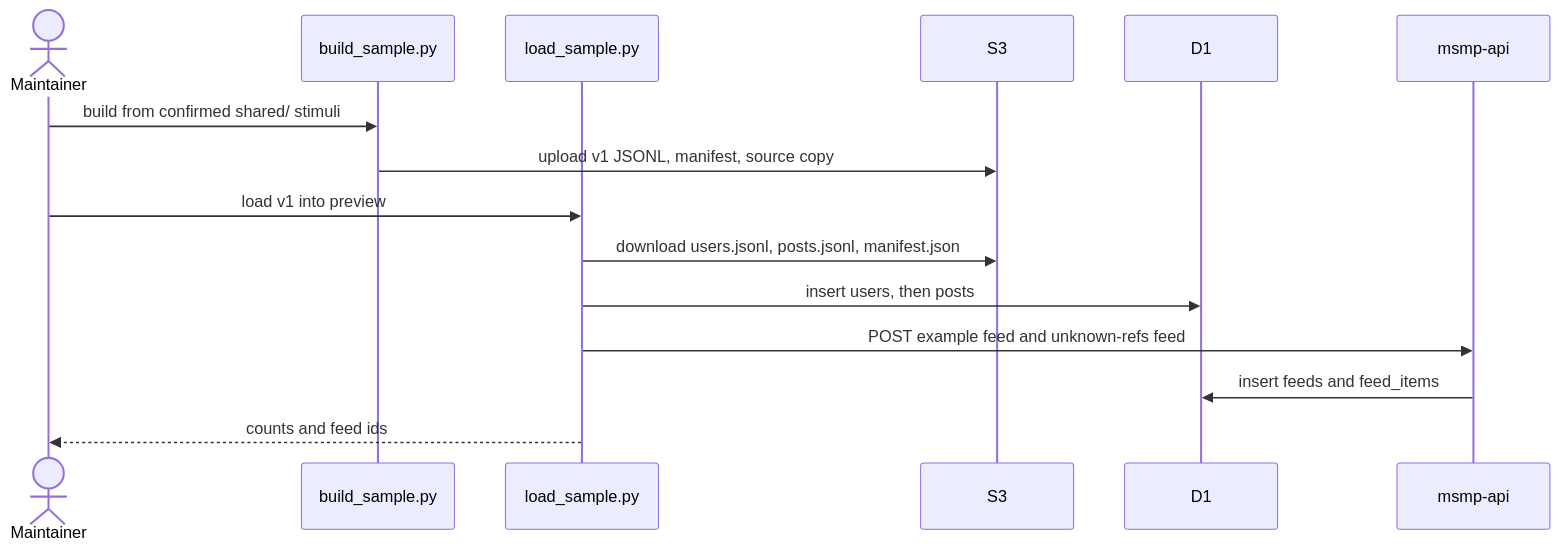
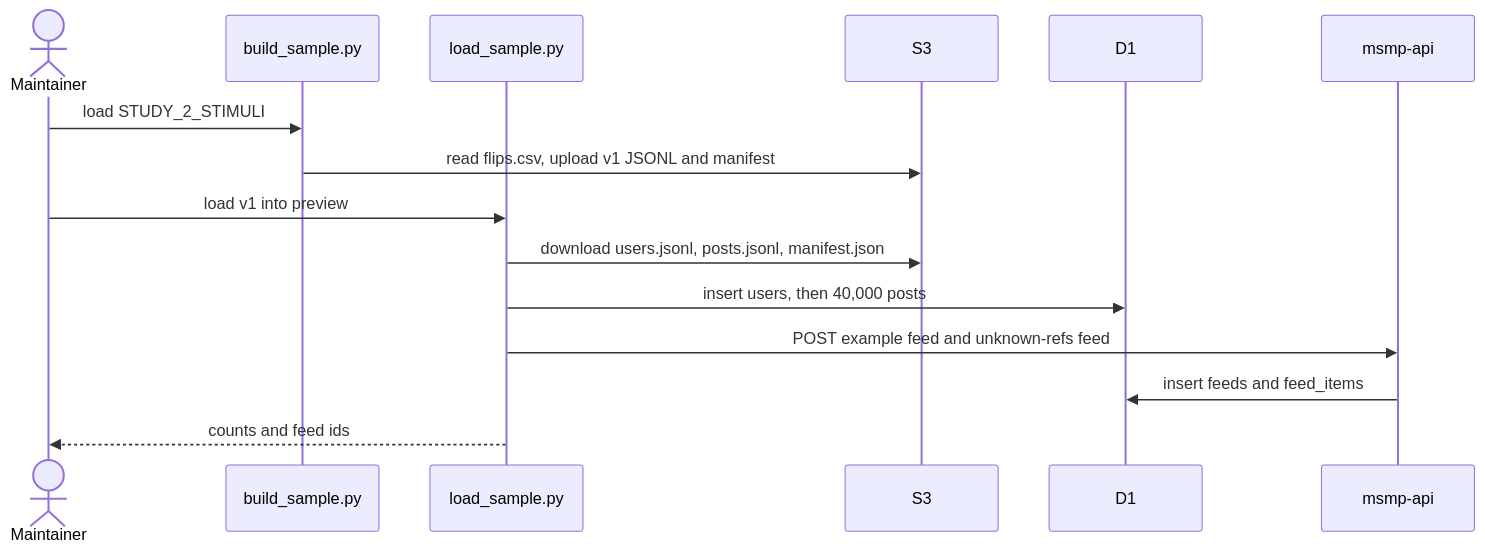
Before and after one commit to METResearchGroup/mock_social_media_platform: the second of 2 diagrams in docs/plans/2026-10-27_mirrorview-study2-sample-feed_7b2e91/proposal.md, drawn with Mermaid. The commit also changed other lines of this file, not shown here.

First line of the commit message:
Record the Study 2 stimuli source in the sample-feed proposal.

````diff
--- a/docs/plans/2026-10-27_mirrorview-study2-sample-feed_7b2e91/proposal.md
+++ b/docs/plans/2026-10-27_mirrorview-study2-sample-feed_7b2e91/proposal.md
@@ -184,17 +190,17 @@
 ```mermaid
 sequenceDiagram
   actor M as Maintainer
   participant B as build_sample.py
   participant S as load_sample.py
   participant S3
   participant D1
   participant API as msmp-api
-  M->>B: build from confirmed shared/ stimuli
-  B->>S3: upload v1 JSONL, manifest, source copy
+  M->>B: load STUDY_2_STIMULI
+  B->>S3: read flips.csv, upload v1 JSONL and manifest
   M->>S: load v1 into preview
   S->>S3: download users.jsonl, posts.jsonl, manifest.json
-  S->>D1: insert users, then posts
+  S->>D1: insert users, then 40,000 posts
   S->>API: POST example feed and unknown-refs feed
   API->>D1: insert feeds and feed_items
   S-->>M: counts and feed ids
 ```
````
